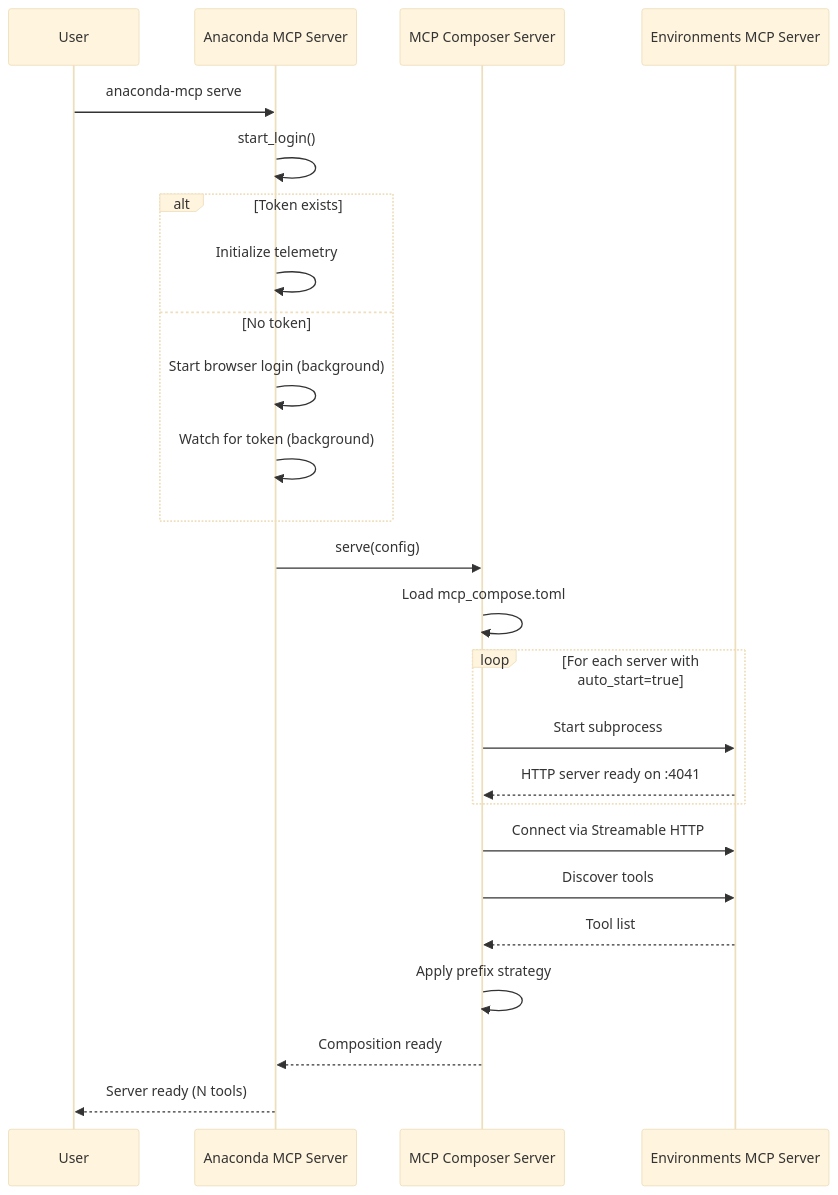
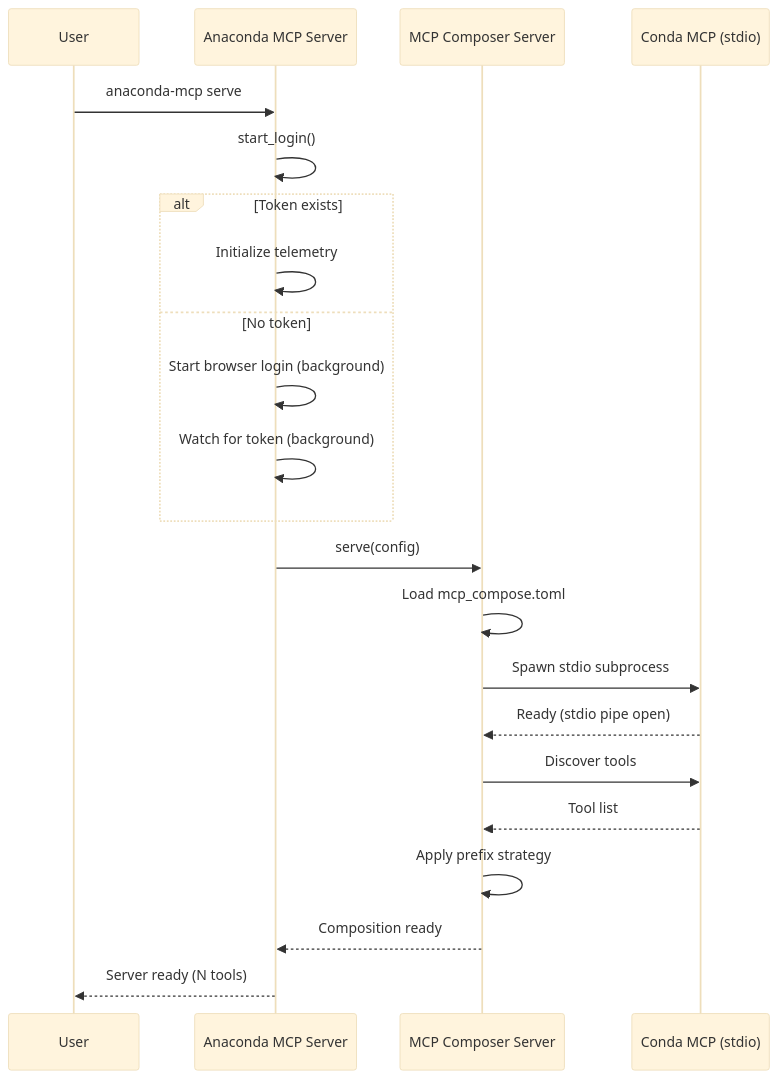
Before and after one commit to anaconda/anaconda-mcp: the sixth of 6 diagrams in docs/ARCHITECTURE.md, drawn with Mermaid (base theme). The commit also changed other lines of this file and 32 other files, not shown here.

````diff
--- a/docs/ARCHITECTURE.md
+++ b/docs/ARCHITECTURE.md
@@ -241,32 +248,29 @@
 ```mermaid
 sequenceDiagram
     participant User
     participant Anaconda as Anaconda MCP Server
     participant Composer as MCP Composer Server
-    participant ENV as Environments MCP Server
+    participant Conda as Conda MCP (stdio)
 
     User->>Anaconda: anaconda-mcp serve
     Anaconda->>Anaconda: start_login()
 
     alt Token exists
         Anaconda->>Anaconda: Initialize telemetry
     else No token
         Anaconda->>Anaconda: Start browser login (background)
         Anaconda->>Anaconda: Watch for token (background)
     end
 
     Anaconda->>Composer: serve(config)
     Composer->>Composer: Load mcp_compose.toml
 
-    loop For each server with auto_start=true
-        Composer->>ENV: Start subprocess
-        ENV-->>Composer: HTTP server ready on :4041
-    end
+    Composer->>Conda: Spawn stdio subprocess
+    Conda-->>Composer: Ready (stdio pipe open)
 
-    Composer->>ENV: Connect via Streamable HTTP
-    Composer->>ENV: Discover tools
-    ENV-->>Composer: Tool list
+    Composer->>Conda: Discover tools
+    Conda-->>Composer: Tool list
     Composer->>Composer: Apply prefix strategy
     Composer-->>Anaconda: Composition ready
     Anaconda-->>User: Server ready (N tools)
 ```
````
